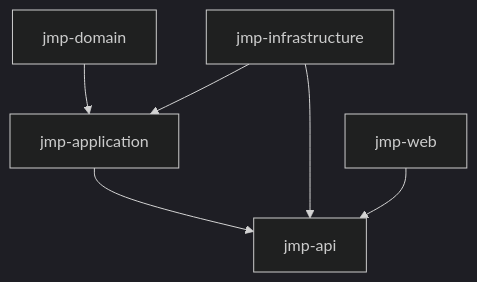
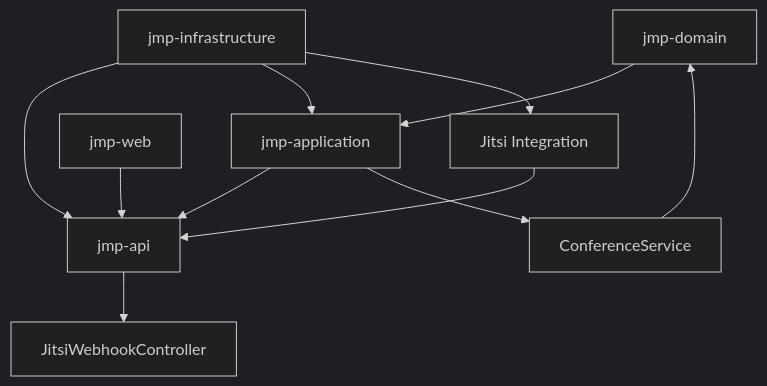
Before and after one commit to Vostrikov2014/vks-qoder: diagram 12 of 12 in .qoder/repowiki/en/content/Project Overview/Architecture Overview.md, drawn with Mermaid (dark theme). The commit also changed other lines of this file and 9 other files, not shown here.

````diff
--- a/.qoder/repowiki/en/content/Project Overview/Architecture Overview.md
+++ b/.qoder/repowiki/en/content/Project Overview/Architecture Overview.md
@@ -375,8 +522,13 @@
 ```mermaid
 graph TB
 D["jmp-domain"] --> A["jmp-application"]
 A --> P["jmp-api"]
 I["jmp-infrastructure"] --> P
 I --> A
 W["jmp-web"] --> P
+I --> JI["Jitsi Integration"]
+JI --> P
+P --> JW["JitsiWebhookController"]
+A --> CS["ConferenceService"]
+CS --> D
 ```
````
